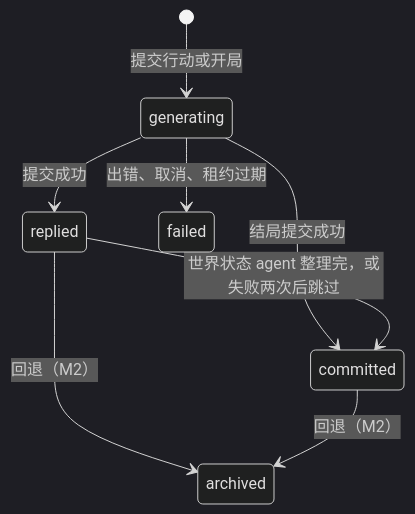
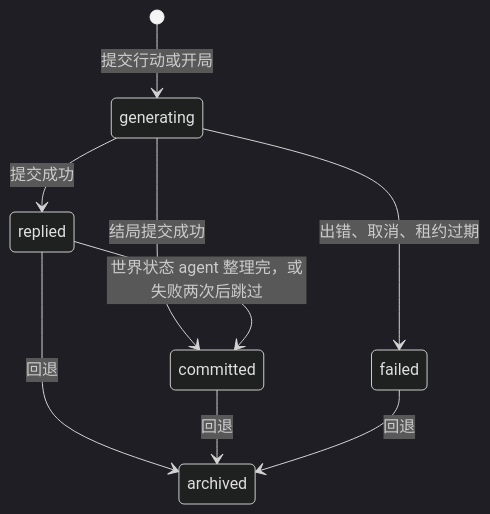
One commit to Hexthebaldy/BetterTavern changed the diagram in docs/data-model/story.md. Above: the diagram before and after it, drawn with Mermaid (dark theme). The commit also changed other lines of this file and 46 other files, not shown here.

````diff
--- a/docs/data-model/story.md
+++ b/docs/data-model/story.md
@@ -167,10 +168,11 @@
 ```mermaid
 stateDiagram-v2
     [*] --> generating: 提交行动或开局
     generating --> replied: 提交成功
     generating --> committed: 结局提交成功
     replied --> committed: 世界状态 agent 整理完，或失败两次后跳过
     generating --> failed: 出错、取消、租约过期
-    replied --> archived: 回退（M2）
-    committed --> archived: 回退（M2）
+    replied --> archived: 回退
+    committed --> archived: 回退
+    failed --> archived: 回退
 ```
````
